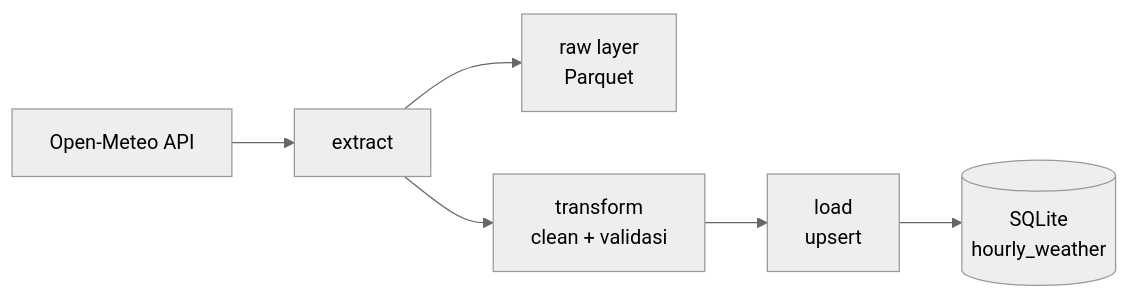
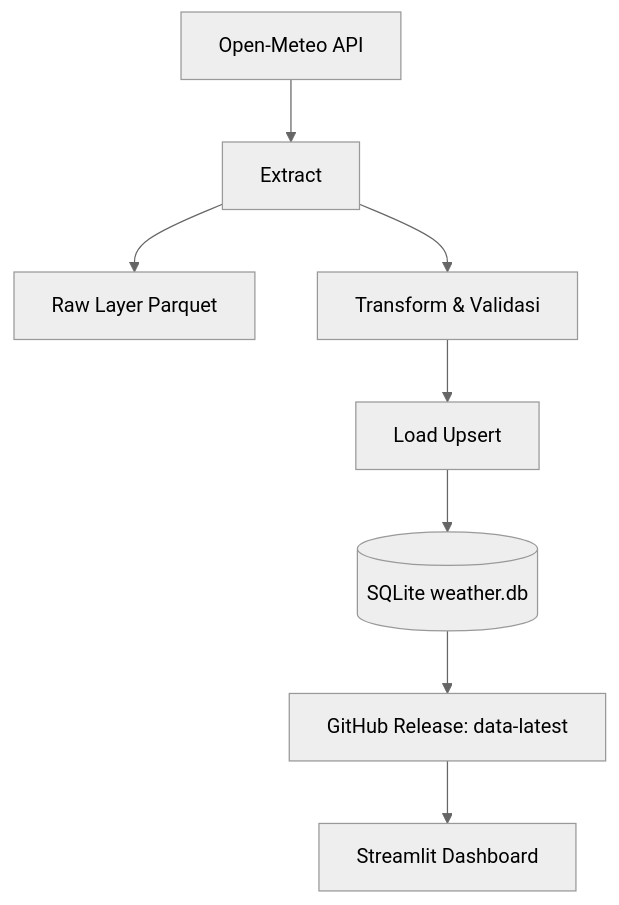
The diagram in README.md (taufikibraahim/semarang-weather-etl), drawn with Mermaid (neutral theme) before and after one commit. The commit also changed other lines of this file, not shown here.

````diff
--- a/README.md
+++ b/README.md
@@ -31,8 +26,10 @@
 ```mermaid
-flowchart LR
-    A[Open-Meteo API] --> B[extract]
-    B --> C[raw layer<br/>Parquet]
-    B --> D[transform<br/>clean + validasi]
-    D --> E[load<br/>upsert]
-    E --> F[(SQLite<br/>hourly_weather)]
+flowchart TD
+    A[Open-Meteo API] --> B[Extract]
+    B --> C[Raw Layer Parquet]
+    B --> D[Transform & Validasi]
+    D --> E[Load Upsert]
+    E --> F[(SQLite weather.db)]
+    F --> G[GitHub Release: data-latest]
+    G --> H[Streamlit Dashboard]
 ```
````
